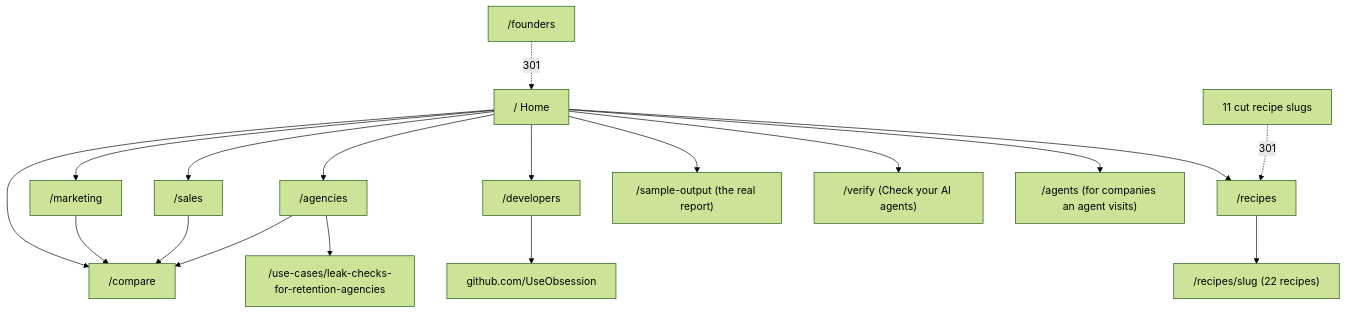
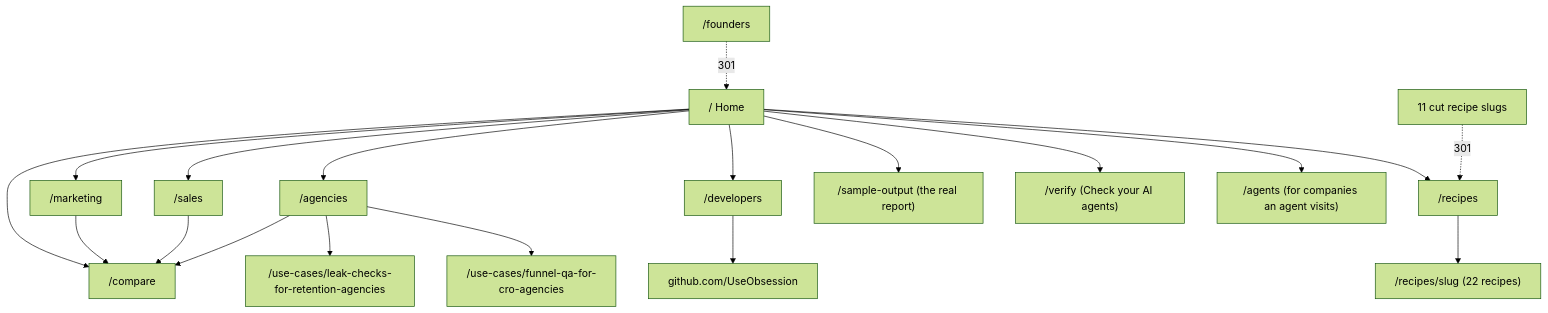
Before and after one commit to UseObsession/homepage: the first of 2 diagrams in COPY.md, drawn with Mermaid (forest theme). The commit also changed other lines of this file and 10 other files, not shown here.

````diff
--- a/COPY.md
+++ b/COPY.md
@@ -137,20 +137,21 @@
 ```mermaid
 flowchart TD
   H["/ Home"] --> M["/marketing"]
   H --> S["/sales"]
   H --> A["/agencies"]
   H --> D["/developers"]
   H --> C["/compare"]
   H --> R["/recipes"]
   H --> SO["/sample-output (the real report)"]
   R --> RP["/recipes/slug (22 recipes)"]
   H --> V["/verify (Check your AI agents)"]
   M --> C
   S --> C
   A --> C
   A --> UC["/use-cases/leak-checks-for-retention-agencies"]
+  A --> UC2["/use-cases/funnel-qa-for-cro-agencies"]
   D --> GH["github.com/UseObsession"]
   H --> AG["/agents (for companies an agent visits)"]
   F["/founders"] -. 301 .-> H
   X["11 cut recipe slugs"] -. 301 .-> R
 ```
````
